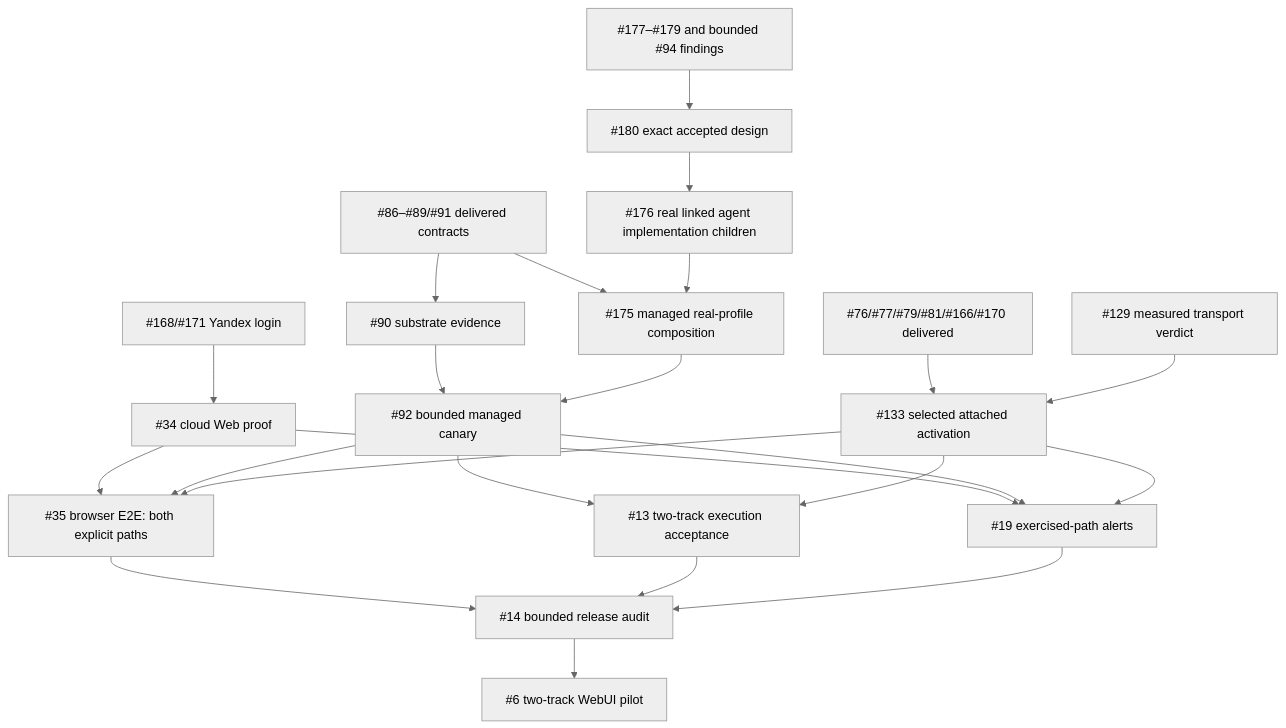
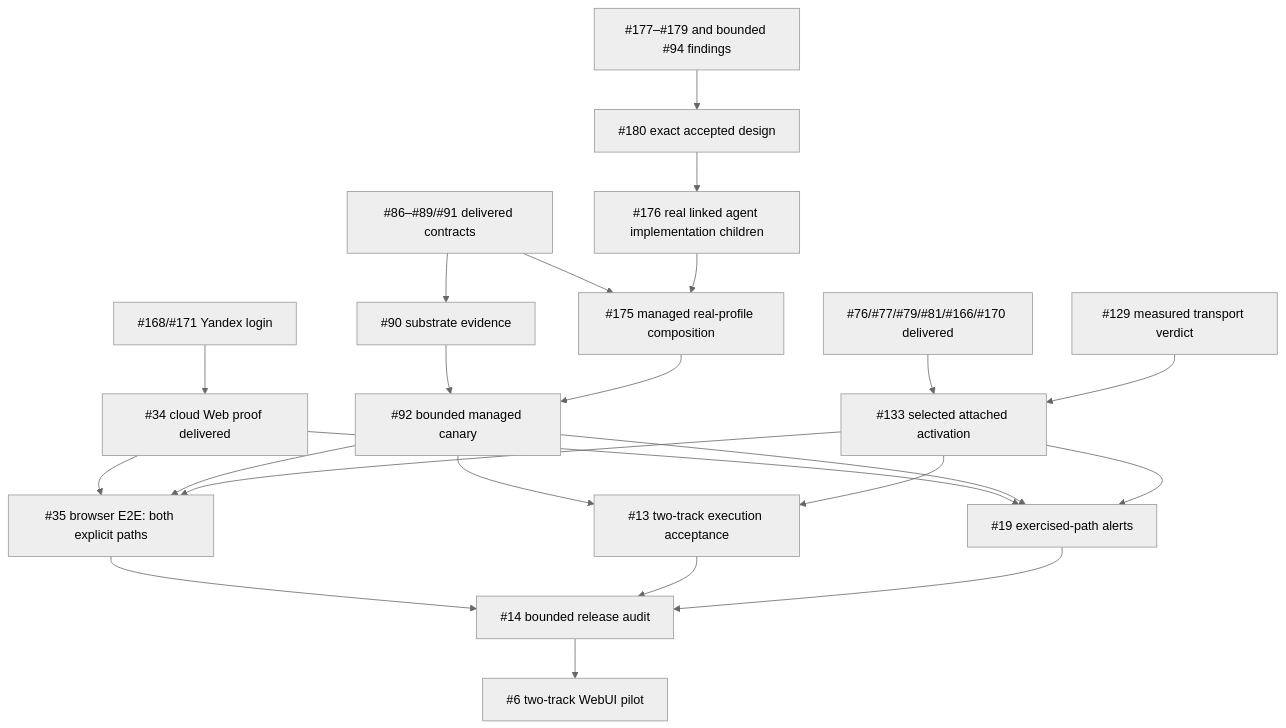
The first of 2 diagrams in docs/mvp-delivery-plan.md (urandon/sessionless), drawn with Mermaid (neutral theme) before and after one commit. The commit also changed other lines of this file and 28 other files, not shown here.

````diff
--- a/docs/mvp-delivery-plan.md
+++ b/docs/mvp-delivery-plan.md
@@ -170,25 +188,25 @@
 ```mermaid
 flowchart TD
-    AUTH["#168/#171 Yandex login"] --> WEB["#34 cloud Web proof"]
+    AUTH["#168/#171 Yandex login"] --> WEB["#34 cloud Web proof delivered"]
     CONTRACTS["#86–#89/#91 delivered contracts"] --> PLATFORM["#90 substrate evidence"]
     CONTRACTS --> PROFILE["#175 managed real-profile composition"]
     RESEARCH["#177–#179 and bounded #94 findings"] --> DESIGN["#180 exact accepted design"]
     DESIGN --> AGENT["#176 real linked agent implementation children"]
     AGENT --> PROFILE
     PLATFORM --> CANARY["#92 bounded managed canary"]
     PROFILE --> CANARY
     WEB --> E2E["#35 browser E2E: both explicit paths"]
     CANARY --> E2E
     ATTACHED["#76/#77/#79/#81/#166/#170 delivered"] --> REAL["#133 selected attached activation"]
     COST["#129 measured transport verdict"] --> REAL
     REAL --> E2E
     CANARY --> ACCEPT["#13 two-track execution acceptance"]
     REAL --> ACCEPT
     WEB --> ALERT["#19 exercised-path alerts"]
     CANARY --> ALERT
     REAL --> ALERT
     E2E --> RELEASE["#14 bounded release audit"]
     ACCEPT --> RELEASE
     ALERT --> RELEASE
     RELEASE --> MVP["#6 two-track WebUI pilot"]
 ```
````
